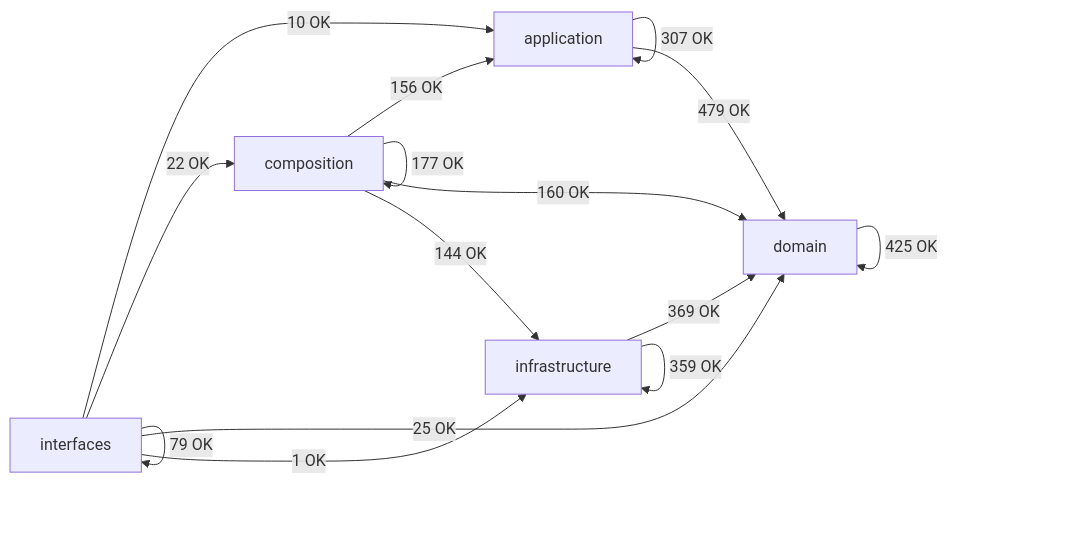
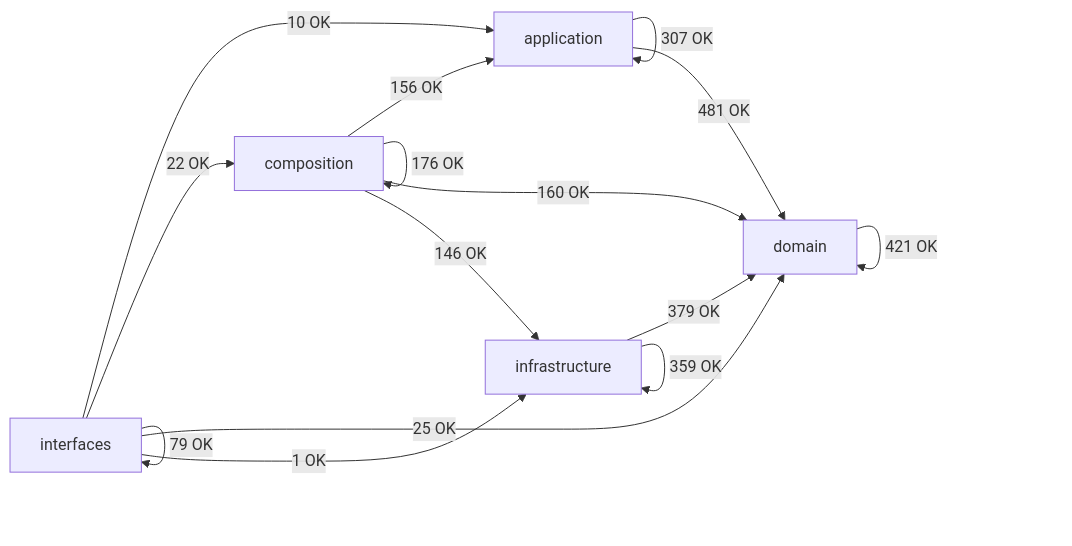
Before and after one commit to SatoryKono/BioactivityDataAcquisition: the diagram in docs/02-architecture/generated/module-dependency-map.md, drawn with Mermaid. The commit also changed other lines of this file and 67 other files, not shown here.

````diff
--- a/docs/02-architecture/generated/module-dependency-map.md
+++ b/docs/02-architecture/generated/module-dependency-map.md
@@ -15,22 +15,22 @@
 ```mermaid
 flowchart LR
     domain[domain]
     application[application]
     infrastructure[infrastructure]
     composition[composition]
     interfaces[interfaces]
     application -->|307 OK| application
-    application -->|479 OK| domain
+    application -->|481 OK| domain
     composition -->|156 OK| application
-    composition -->|177 OK| composition
+    composition -->|176 OK| composition
     composition -->|160 OK| domain
-    composition -->|144 OK| infrastructure
-    domain -->|425 OK| domain
-    infrastructure -->|369 OK| domain
+    composition -->|146 OK| infrastructure
+    domain -->|421 OK| domain
+    infrastructure -->|379 OK| domain
     infrastructure -->|359 OK| infrastructure
     interfaces -->|10 OK| application
     interfaces -->|22 OK| composition
     interfaces -->|25 OK| domain
     interfaces -->|1 OK| infrastructure
     interfaces -->|79 OK| interfaces
 ```
````
